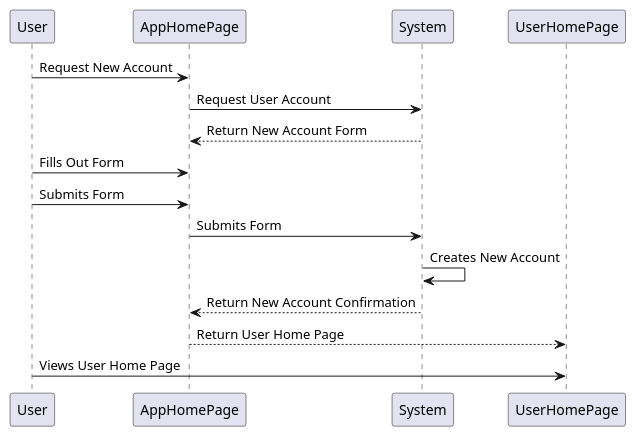
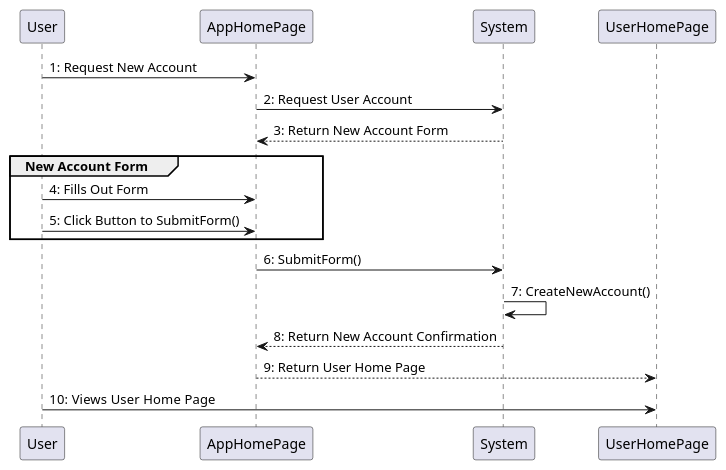
The diagram in app/UML/Create User Account DSSD.puml (sap0034/COMP3710Project-RecipeGuru), drawn with PlantUML before and after one commit. The commit also changed 12 other files, not shown here.

Commit message:
Added new diagrams and updated existing diagrams

```diff
--- a/app/UML/Create User Account DSSD.puml
+++ b/app/UML/Create User Account DSSD.puml
@@ -1,15 +1,17 @@
 @startuml
-User -> AppHomePage: Request New Account
-AppHomePage -> System: Request User Account
+User -> AppHomePage: 1: Request New Account
+AppHomePage -> System: 2: Request User Account
 
-System --> AppHomePage: Return New Account Form
-User -> AppHomePage: Fills Out Form
-User -> AppHomePage: Submits Form
-AppHomePage -> System: Submits Form
+System --> AppHomePage: 3: Return New Account Form
+group New Account Form
+User -> AppHomePage: 4: Fills Out Form
+User -> AppHomePage: 5: Click Button to SubmitForm()
+end
+AppHomePage -> System: 6: SubmitForm()
 
-System -> System: Creates New Account
-System --> AppHomePage: Return New Account Confirmation
-AppHomePage --> UserHomePage: Return User Home Page
-User -> UserHomePage: Views User Home Page
+System -> System: 7: CreateNewAccount()
+System --> AppHomePage: 8: Return New Account Confirmation
+AppHomePage --> UserHomePage: 9: Return User Home Page
+User -> UserHomePage: 10:  Views User Home Page
 
 @enduml
```
